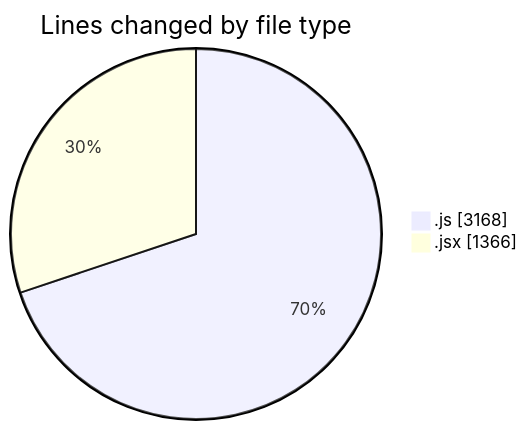
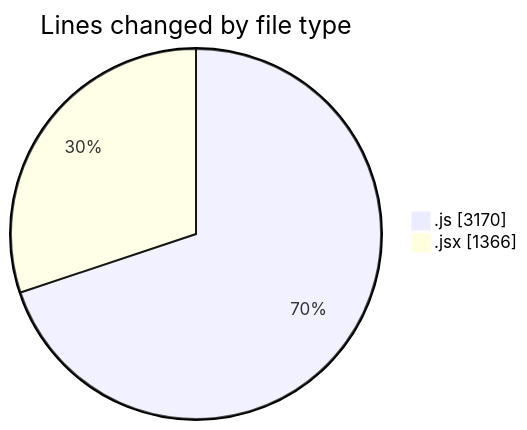
Before and after one commit to nxtqubesakshisongat/code-tracking: the first of 2 diagrams in 2025-07-23/nxtqube_webapp/README.md, drawn with Mermaid. The commit also changed other lines of this file and 1 other file, not shown here.

````diff
--- a/2025-07-23/nxtqube_webapp/README.md
+++ b/2025-07-23/nxtqube_webapp/README.md
@@ -42,6 +42,6 @@
 ```mermaid
 pie showData
 title Lines changed by file type
-".js" : 3168
+".js" : 3170
 ".jsx" : 1366
 ```
````
